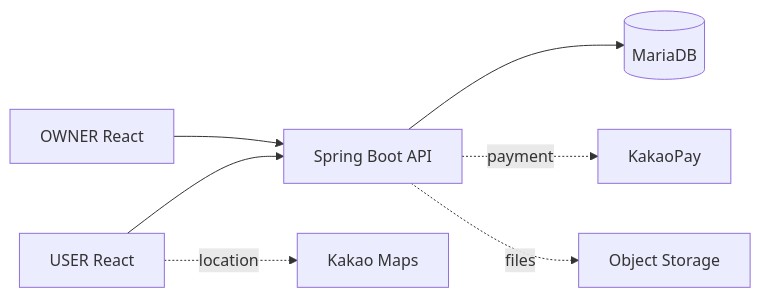
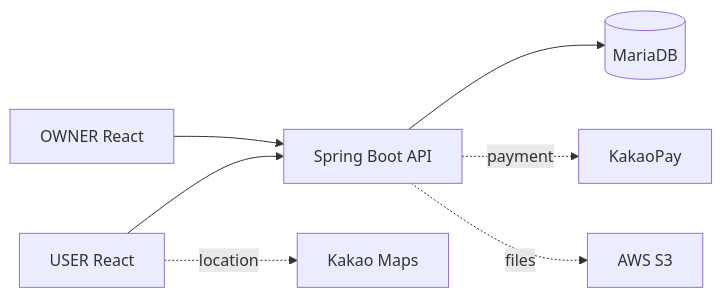
One commit to minjuko/ppodeuk-user-frontend changed the diagram in README.md. Above: the diagram before and after it, drawn with Mermaid. The commit also changed other lines of this file and 1 other file, not shown here.

````diff
--- a/README.md
+++ b/README.md
@@ -78,9 +79,9 @@
 ```mermaid
 flowchart LR
   USER[USER React] --> API[Spring Boot API]
   OWNER[OWNER React] --> API
   API --> DB[(MariaDB)]
   USER -. location .-> MAP[Kakao Maps]
   API -. payment .-> PAY[KakaoPay]
-  API -. files .-> STORE[Object Storage]
+  API -. files .-> STORE[AWS S3]
 ```
````
